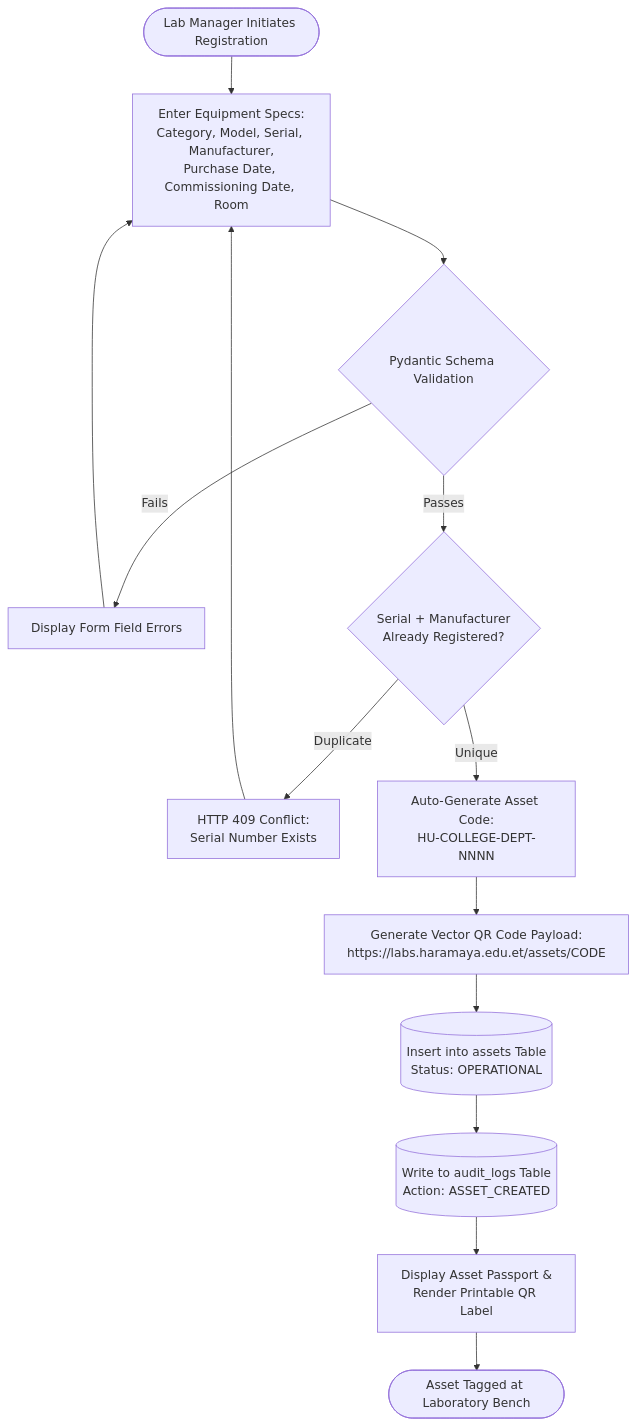
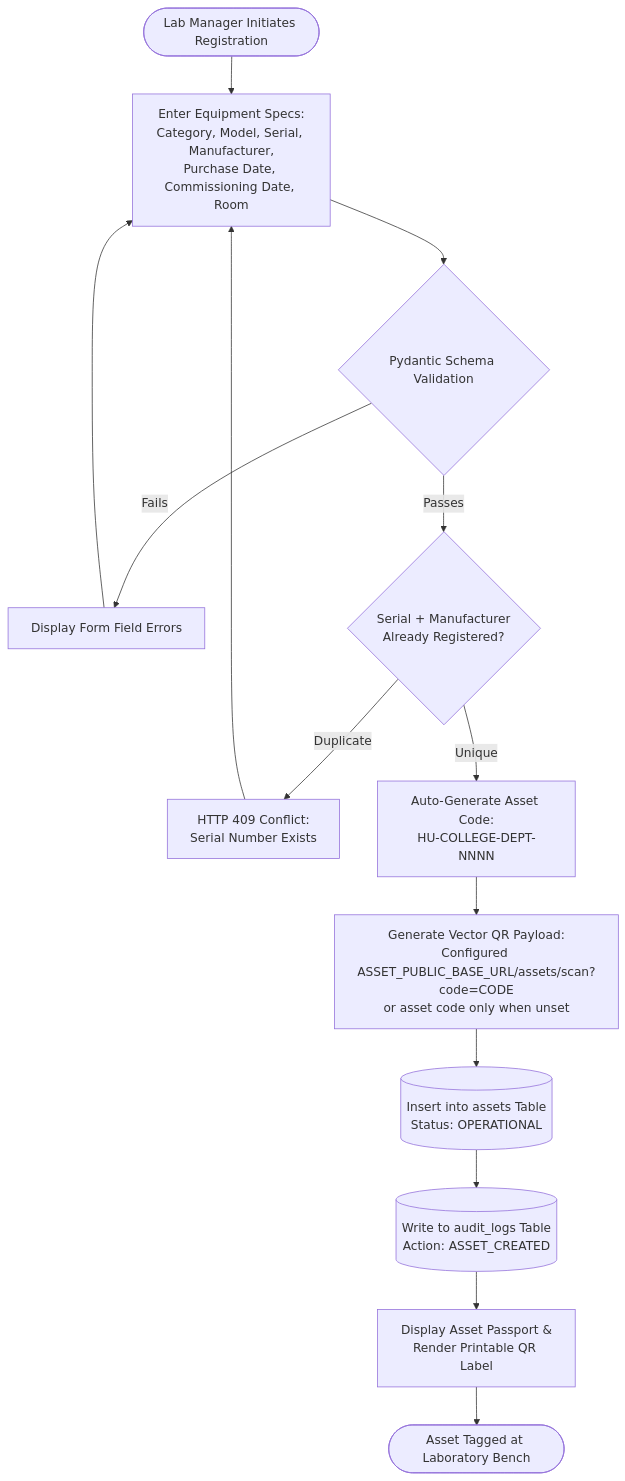
One commit to 1Feycode/laboratory-management-system-for-haramaya-university changed the diagram in docs/workflows/asset-registration.mmd. Above: the diagram before and after it, drawn with Mermaid. The commit also changed 25 other files, not shown here.

```diff
--- a/docs/workflows/asset-registration.mmd
+++ b/docs/workflows/asset-registration.mmd
@@ -1,17 +1,17 @@
 flowchart TD
     Start([Lab Manager Initiates Registration]) --> InputData[Enter Equipment Specs:<br/>Category, Model, Serial, Manufacturer,<br/>Purchase Date, Commissioning Date, Room]
     InputData --> PydanticVal{Pydantic Schema Validation}
     
     PydanticVal -- Fails --> ShowErr[Display Form Field Errors]
     ShowErr --> InputData
     
     PydanticVal -- Passes --> CheckSerial{Serial + Manufacturer<br/>Already Registered?}
     CheckSerial -- Duplicate --> Conflict[HTTP 409 Conflict:<br/>Serial Number Exists]
     Conflict --> InputData
     
     CheckSerial -- Unique --> GenCode[Auto-Generate Asset Code:<br/>HU-COLLEGE-DEPT-NNNN]
-    GenCode --> GenQR[Generate Vector QR Code Payload:<br/>https://labs.haramaya.edu.et/assets/CODE]
+    GenCode --> GenQR[Generate Vector QR Payload:<br/>Configured ASSET_PUBLIC_BASE_URL/assets/scan?code=CODE<br/>or asset code only when unset]
     GenQR --> DBInsert[(Insert into assets Table<br/>Status: OPERATIONAL)]
     DBInsert --> AuditLog[(Write to audit_logs Table<br/>Action: ASSET_CREATED)]
     AuditLog --> PrintQR[Display Asset Passport &<br/>Render Printable QR Label]
     PrintQR --> Finish([Asset Tagged at Laboratory Bench])
```
